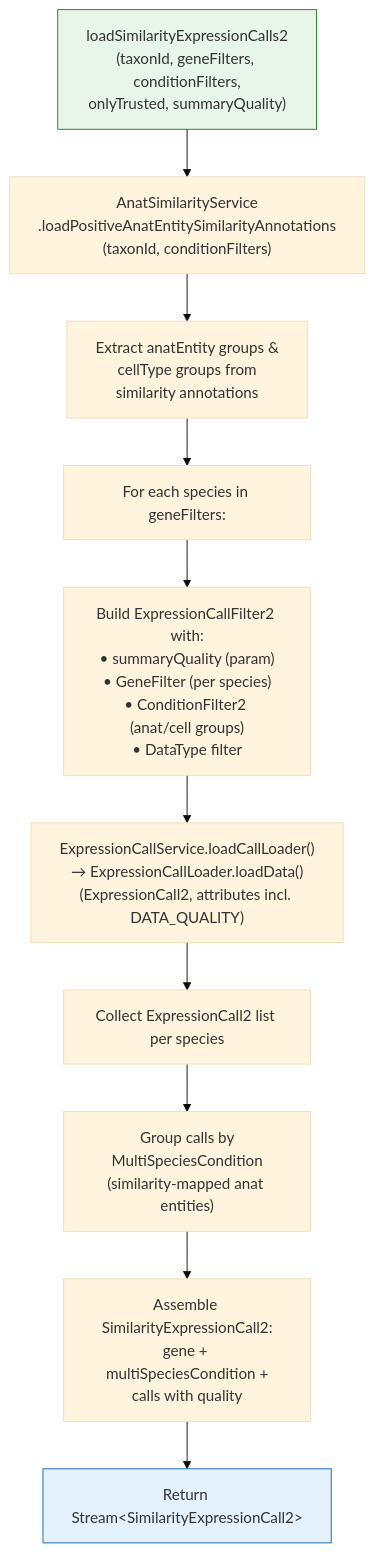
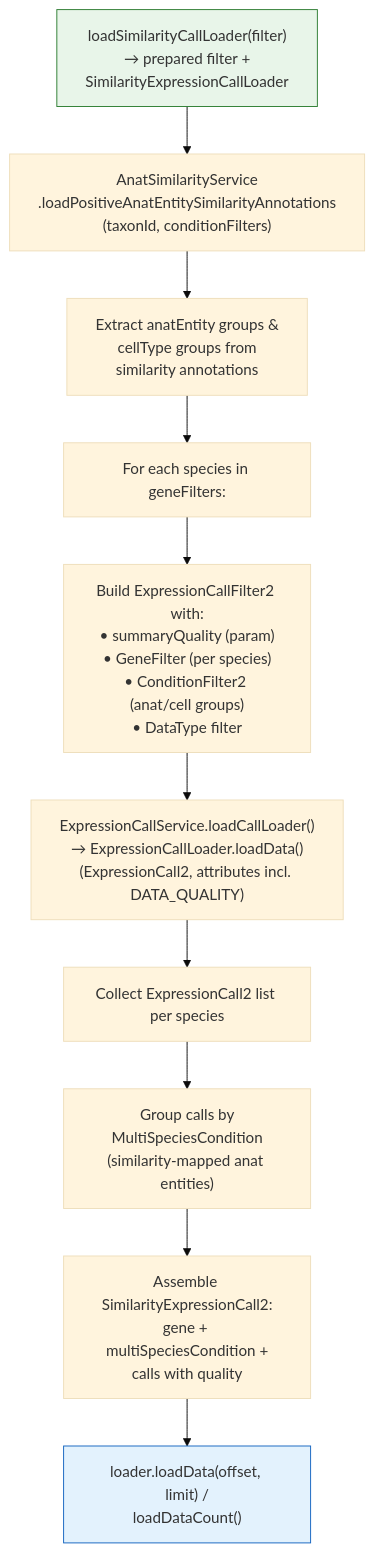
One commit to BgeeDB/bgee_apps changed the third of 4 diagrams in bgee-webapp/docs/multispec_expr_calls_endpoint.qmd. Above: the diagram before and after it, drawn with Mermaid (base theme). The commit also changed other lines of this file and 3 other files, not shown here.

````diff
--- a/bgee-webapp/docs/multispec_expr_calls_endpoint.qmd
+++ b/bgee-webapp/docs/multispec_expr_calls_endpoint.qmd
@@ -286,20 +291,20 @@
 ```{mermaid}
 %%| fig-width: 10
 flowchart TD
-    ENTRY["loadSimilarityExpressionCalls2<br/>(taxonId, geneFilters, conditionFilters,<br/>onlyTrusted, summaryQuality)"]
+    ENTRY["loadSimilarityCallLoader(filter)<br/>→ prepared filter +<br/>SimilarityExpressionCallLoader"]
     ENTRY --> ANNOT["AnatSimilarityService<br/>.loadPositiveAnatEntitySimilarityAnnotations<br/>(taxonId, conditionFilters)"]
     ANNOT --> AE_GROUPS["Extract anatEntity groups &<br/>cellType groups from<br/>similarity annotations"]
 
     AE_GROUPS --> PER_SPECIES["For each species in geneFilters:"]
     PER_SPECIES --> BUILD_CF["Build ExpressionCallFilter2 with:<br/>• summaryQuality (param)<br/>• GeneFilter (per species)<br/>• ConditionFilter2 (anat/cell groups)<br/>• DataType filter"]
     BUILD_CF --> LOAD_EC["ExpressionCallService.loadCallLoader()<br/>→ ExpressionCallLoader.loadData()<br/>(ExpressionCall2, attributes incl. DATA_QUALITY)"]
     LOAD_EC --> COLLECT_EC["Collect ExpressionCall2 list per species"]
 
     COLLECT_EC --> GROUP["Group calls by<br/>MultiSpeciesCondition<br/>(similarity-mapped anat entities)"]
     GROUP --> ASSEMBLE["Assemble SimilarityExpressionCall2:<br/>gene + multiSpeciesCondition +<br/>calls with quality"]
 
-    ASSEMBLE --> STREAM["Return Stream&lt;SimilarityExpressionCall2&gt;"]
+    ASSEMBLE --> STREAM["loader.loadData(offset, limit) /<br/>loadDataCount()"]
 
     style ENTRY fill:#e8f5e9,stroke:#2e7d32
     style STREAM fill:#e3f2fd,stroke:#1565c0
 ```
````
